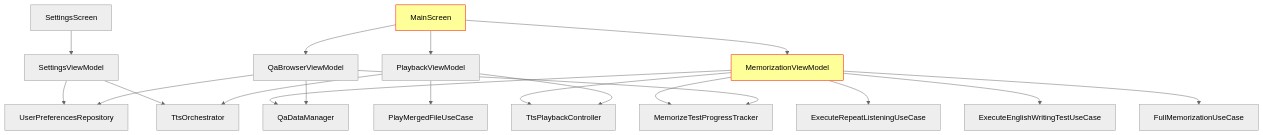
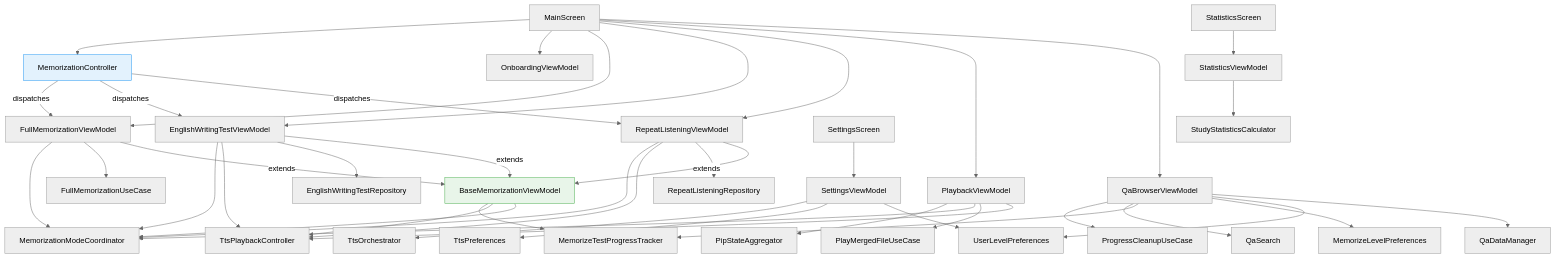
One commit to AlgoLovers/OPIcHelper changed the first of 6 diagrams in .claude/architecture/ARCHITECTURE_PRESENTATION.md. Above: the diagram before and after it, drawn with Mermaid (neutral theme). The commit also changed other lines of this file and 9 other files, not shown here.

````diff
--- a/.claude/architecture/ARCHITECTURE_PRESENTATION.md
+++ b/.claude/architecture/ARCHITECTURE_PRESENTATION.md
@@ -47,28 +74,56 @@
 ```mermaid
 graph TD
     MS[MainScreen] --> QVM[QaBrowserViewModel]
     MS --> PVM[PlaybackViewModel]
-    MS --> MVM[MemorizationViewModel]
+    MS --> RLVM[RepeatListeningViewModel]
+    MS --> EWVM[EnglishWritingTestViewModel]
+    MS --> FMVM[FullMemorizationViewModel]
+    MS --> OVM[OnboardingViewModel]
+    MS --> MC[MemorizationController]
     SS[SettingsScreen] --> SVM[SettingsViewModel]
+    STS[StatisticsScreen] --> STVM[StatisticsViewModel]
+
+    RLVM -->|extends| BMVM[BaseMemorizationViewModel]
+    EWVM -->|extends| BMVM
+    FMVM -->|extends| BMVM
+
+    MC -->|dispatches| RLVM
+    MC -->|dispatches| EWVM
+    MC -->|dispatches| FMVM
 
     QVM --> QDM[QaDataManager]
-    QVM --> UPR[UserPreferencesRepository]
+    QVM --> ULP[UserLevelPreferences]
+    QVM --> MLP[MemorizeLevelPreferences]
     QVM --> MTP[MemorizeTestProgressTracker]
+    QVM --> QS[QaSearch]
+    QVM --> PCU[ProgressCleanupUseCase]
 
     PVM --> TPC[TtsPlaybackController]
     PVM --> PMU[PlayMergedFileUseCase]
-    PVM --> TO[TtsOrchestrator]
+    PVM --> COORD[MemorizationModeCoordinator]
+    PVM --> PSA[PipStateAggregator]
 
-    MVM --> TPC
-    MVM --> QDM
-    MVM --> ERL[ExecuteRepeatListeningUseCase]
-    MVM --> EEW[ExecuteEnglishWritingTestUseCase]
-    MVM --> FMU[FullMemorizationUseCase]
-    MVM --> MTP
+    RLVM --> RLR[RepeatListeningRepository]
+    RLVM --> TPC
+    RLVM --> COORD
 
-    SVM --> UPR
-    SVM --> TO
+    EWVM --> EWR[EnglishWritingTestRepository]
+    EWVM --> TPC
+    EWVM --> COORD
 
-    style MVM fill:#ff9,stroke:#f00
-    style MS fill:#ff9,stroke:#f00
+    FMVM --> FMU[FullMemorizationUseCase]
+    FMVM --> COORD
+
+    BMVM --> COORD
+    BMVM --> TPC
+    BMVM --> MTP
+
+    SVM --> ULP
+    SVM --> TTP[TtsPreferences]
+    SVM --> TO[TtsOrchestrator]
+
+    STVM --> SSC[StudyStatisticsCalculator]
+
+    style BMVM fill:#e8f5e9,stroke:#4caf50
+    style MC fill:#e3f2fd,stroke:#2196f3
 ```
````
